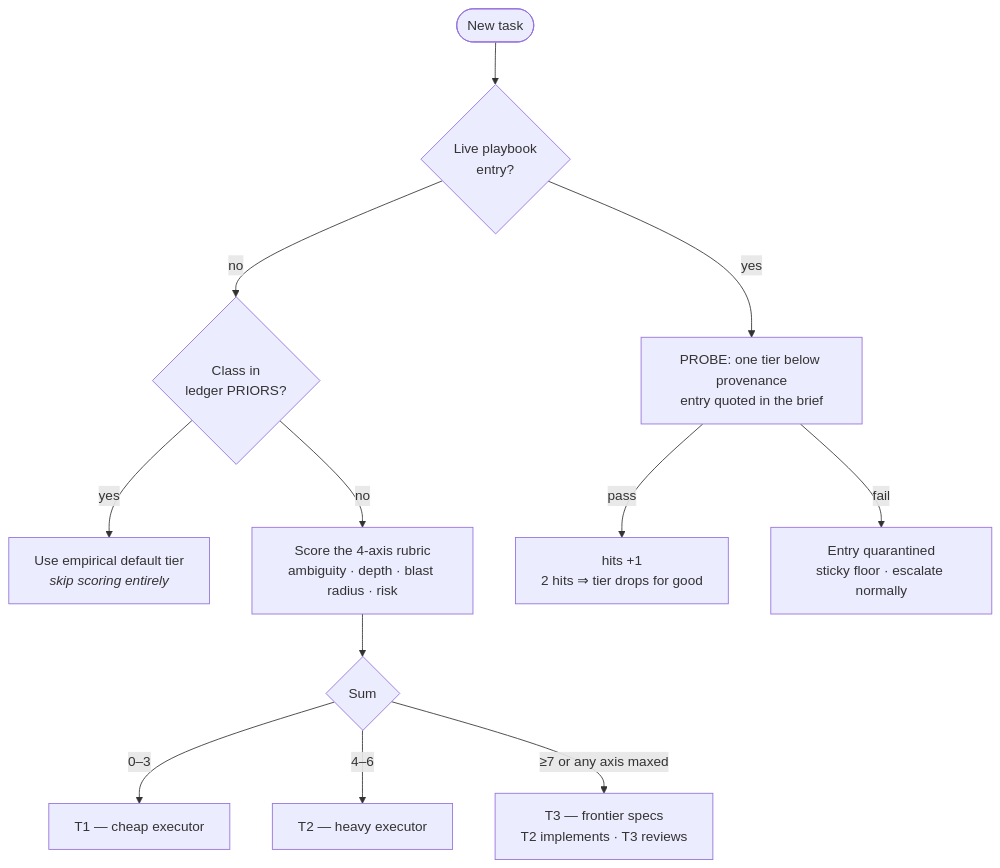
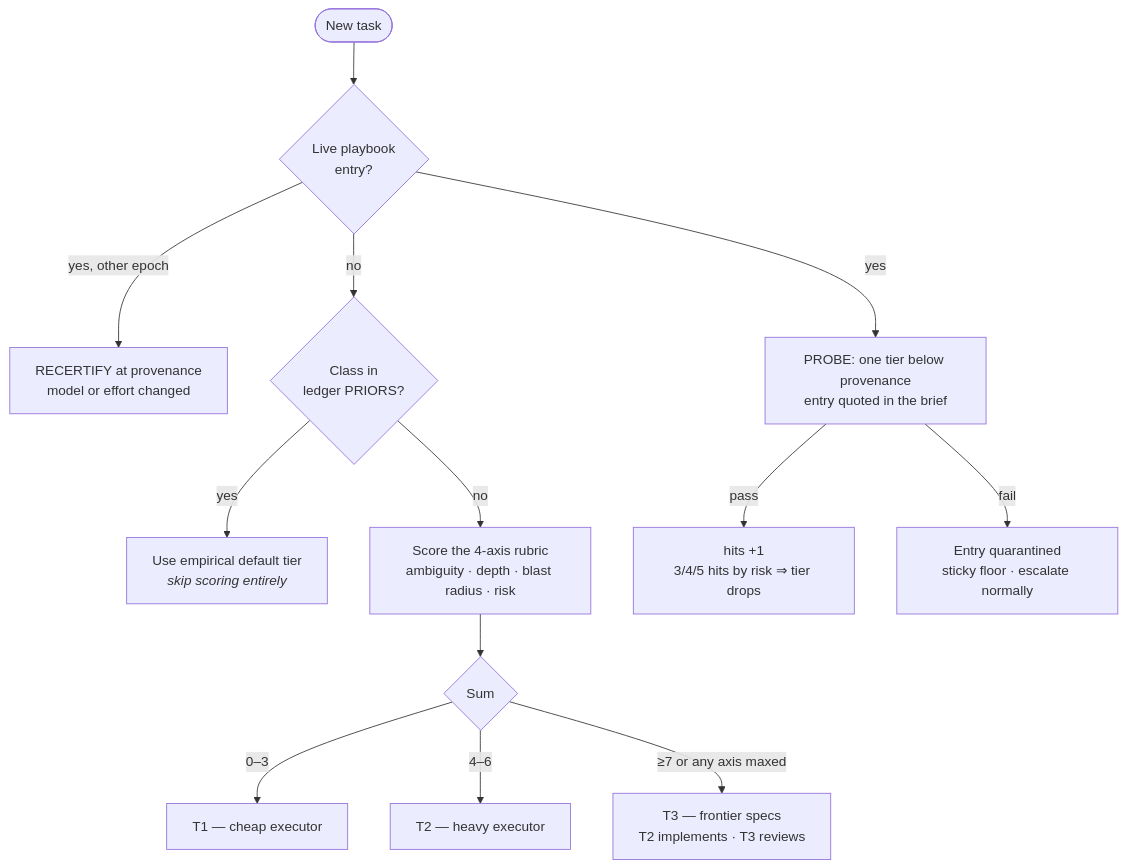
The first of 3 diagrams in README.md (alebgl77/tierdecay), drawn with Mermaid before and after one commit. The commit also changed other lines of this file and 7 other files, not shown here.

````diff
--- a/README.md
+++ b/README.md
@@ -68,14 +87,15 @@
 ```mermaid
 flowchart TD
     A([New task]) --> B{Live playbook<br/>entry?}
+    B -- "yes, other epoch" --> R[RECERTIFY at provenance<br/>model or effort changed]
     B -- yes --> E[PROBE: one tier below provenance<br/>entry quoted in the brief]
     B -- no --> D{Class in<br/>ledger PRIORS?}
     D -- yes --> C[Use empirical default tier<br/><i>skip scoring entirely</i>]
     D -- no --> F[Score the 4-axis rubric<br/>ambiguity · depth · blast radius · risk]
     F --> G{Sum}
     G -- "0–3" --> T1[T1 — cheap executor]
     G -- "4–6" --> T2[T2 — heavy executor]
     G -- "≥7 or any axis maxed" --> T3[T3 — frontier specs<br/>T2 implements · T3 reviews]
-    E -- pass --> H[hits +1<br/>2 hits ⇒ tier drops for good]
+    E -- pass --> H[hits +1<br/>3/4/5 hits by risk ⇒ tier drops]
     E -- fail --> I[Entry quarantined<br/>sticky floor · escalate normally]
 ```
````
